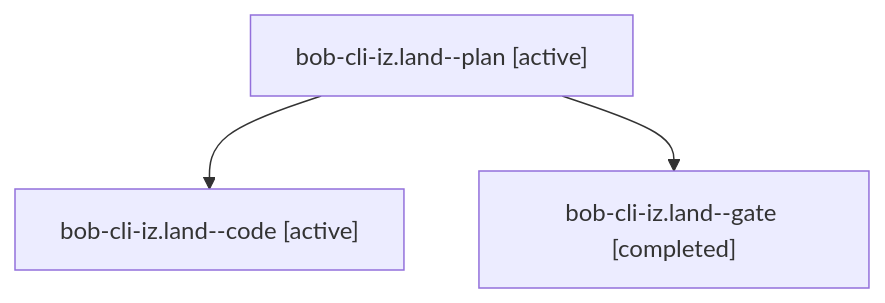
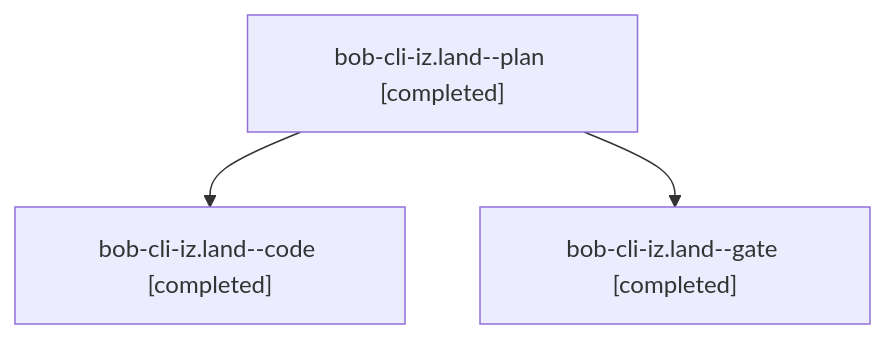
One commit to bobs-org/bob-cli--agents changed the diagram in sessions/bbugyi200.athena.bob-cli-iz.land.md. Above: the diagram before and after it, drawn with Mermaid. The commit also changed other lines of this file and 17 other files, not shown here.

````diff
--- a/sessions/bbugyi200.athena.bob-cli-iz.land.md
+++ b/sessions/bbugyi200.athena.bob-cli-iz.land.md
@@ -9,8 +9,8 @@
 ```mermaid
 flowchart TD
-  n0["bob-cli-iz.land--plan [active]"]
-  n1["bob-cli-iz.land--code [active]"]
+  n0["bob-cli-iz.land--plan [completed]"]
+  n1["bob-cli-iz.land--code [completed]"]
   n0 --> n1
   n2["bob-cli-iz.land--gate [completed]"]
   n0 --> n2
 ```
````
